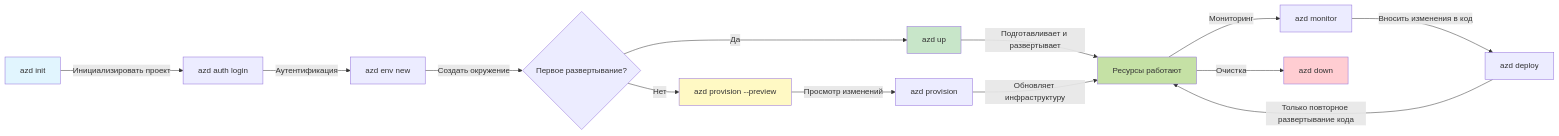
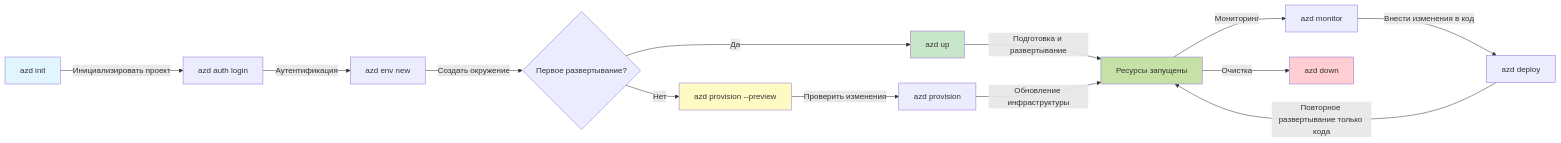
The first of 2 diagrams in translations/ru/docs/chapter-01-foundation/azd-basics.md (microsoft/AZD-for-beginners), drawn with Mermaid before and after one commit. The commit also changed other lines of this file and 104 other files, not shown here.

````diff
--- a/translations/ru/docs/chapter-01-foundation/azd-basics.md
+++ b/translations/ru/docs/chapter-01-foundation/azd-basics.md
@@ -269,21 +269,21 @@
 ```mermaid
 graph LR
     A[azd init] -->|Инициализировать проект| B[azd auth login]
     B -->|Аутентификация| C[azd env new]
     C -->|Создать окружение| D{Первое развертывание?}
     D -->|Да| E[azd up]
     D -->|Нет| F[azd provision --preview]
-    F -->|Просмотр изменений| G[azd provision]
-    E -->|Подготавливает и развертывает| H[Ресурсы работают]
-    G -->|Обновляет инфраструктуру| H
+    F -->|Проверить изменения| G[azd provision]
+    E -->|Подготовка и развертывание| H[Ресурсы запущены]
+    G -->|Обновление инфраструктуры| H
     H -->|Мониторинг| I[azd monitor]
-    I -->|Вносить изменения в код| J[azd deploy]
-    J -->|Только повторное развертывание кода| H
+    I -->|Внести изменения в код| J[azd deploy]
+    J -->|Повторное развертывание только кода| H
     H -->|Очистка| K[azd down]
     
     style A fill:#e1f5fe
     style E fill:#c8e6c9
     style F fill:#fff9c4
     style H fill:#c5e1a5
     style K fill:#ffcdd2
 ```
````
